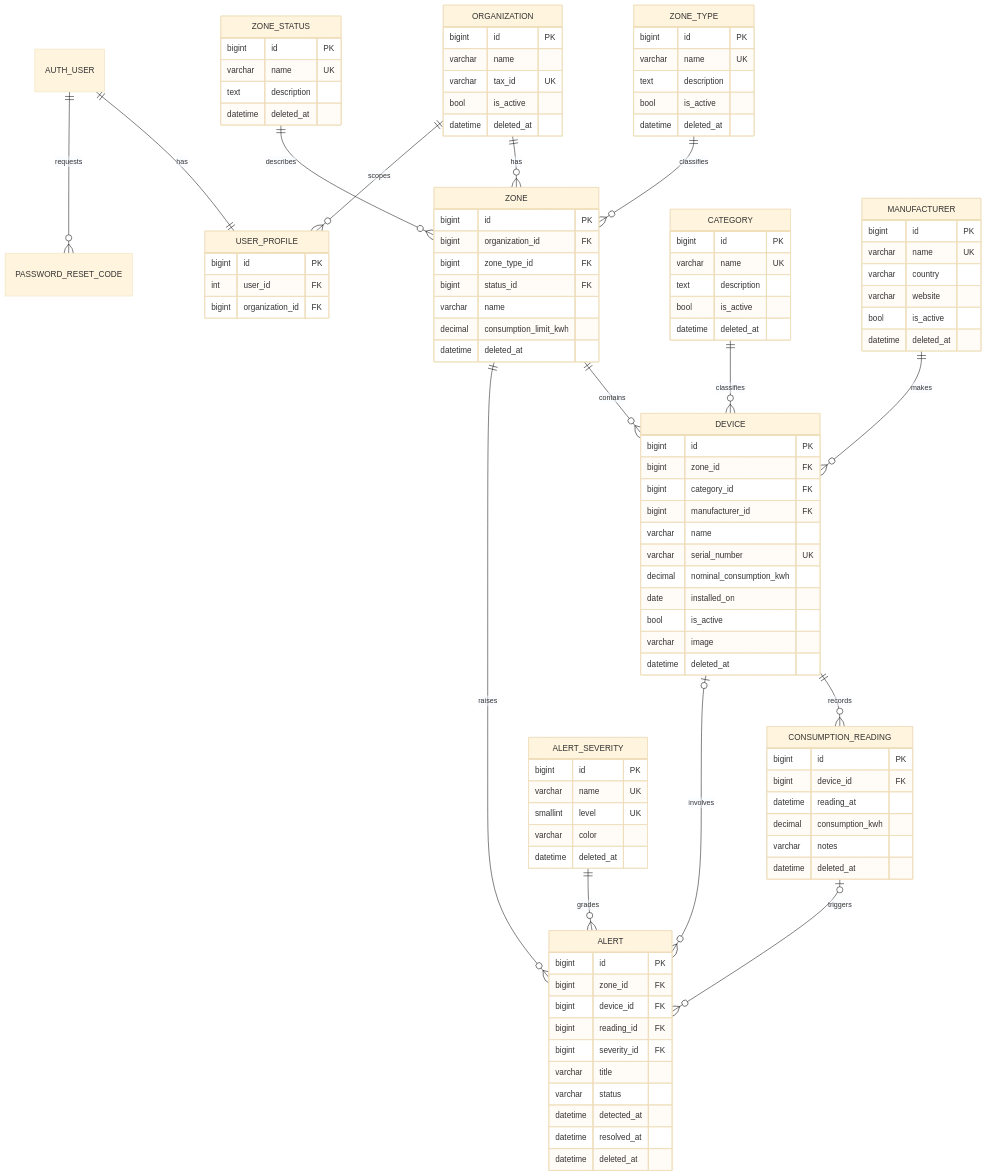
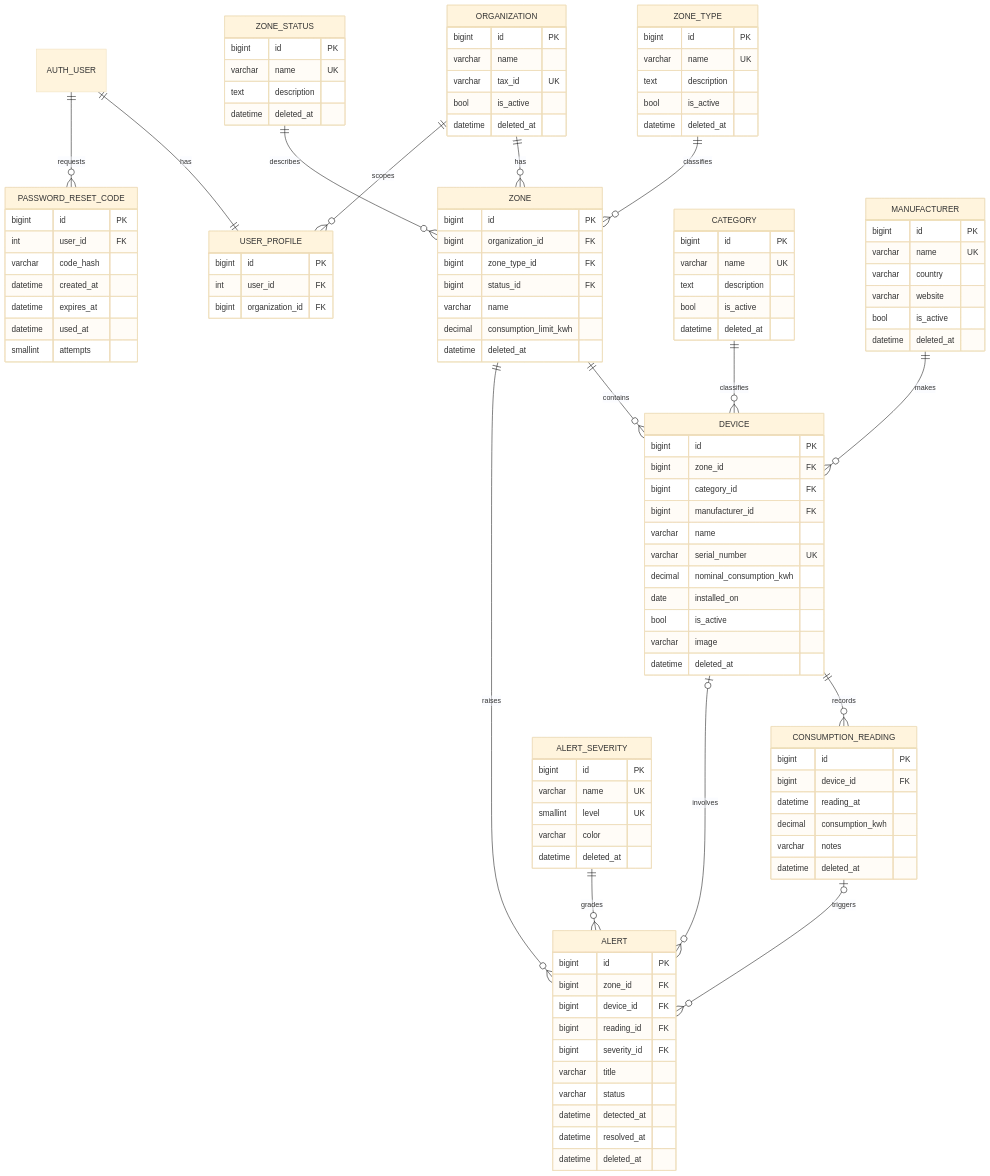
The diagram in docs/er_diagram.mmd (JuanDuran-lab/ecoenergy-fase1), drawn with Mermaid (base theme) before and after one commit. The commit also changed 2 other files, not shown here.

```diff
--- a/docs/er_diagram.mmd
+++ b/docs/er_diagram.mmd
@@ -1,105 +1,114 @@
 erDiagram
     ORGANIZATION ||--o{ ZONE : "has"
     ORGANIZATION ||--o{ USER_PROFILE : "scopes"
     AUTH_USER ||--|| USER_PROFILE : "has"
     AUTH_USER ||--o{ PASSWORD_RESET_CODE : "requests"
     ZONE_TYPE ||--o{ ZONE : "classifies"
     ZONE_STATUS ||--o{ ZONE : "describes"
     ZONE ||--o{ DEVICE : "contains"
     CATEGORY ||--o{ DEVICE : "classifies"
     MANUFACTURER ||--o{ DEVICE : "makes"
     DEVICE ||--o{ CONSUMPTION_READING : "records"
     ZONE ||--o{ ALERT : "raises"
     DEVICE |o--o{ ALERT : "involves"
     CONSUMPTION_READING |o--o{ ALERT : "triggers"
     ALERT_SEVERITY ||--o{ ALERT : "grades"
 
     ORGANIZATION {
         bigint id PK
         varchar name
         varchar tax_id UK
         bool is_active
         datetime deleted_at
     }
     CATEGORY {
         bigint id PK
         varchar name UK
         text description
         bool is_active
         datetime deleted_at
     }
     ZONE_TYPE {
         bigint id PK
         varchar name UK
         text description
         bool is_active
         datetime deleted_at
     }
     ZONE_STATUS {
         bigint id PK
         varchar name UK
         text description
         datetime deleted_at
     }
     MANUFACTURER {
         bigint id PK
         varchar name UK
         varchar country
         varchar website
         bool is_active
         datetime deleted_at
     }
     ALERT_SEVERITY {
         bigint id PK
         varchar name UK
         smallint level UK
         varchar color
         datetime deleted_at
     }
     ZONE {
         bigint id PK
         bigint organization_id FK
         bigint zone_type_id FK
         bigint status_id FK
         varchar name
         decimal consumption_limit_kwh
         datetime deleted_at
     }
     DEVICE {
         bigint id PK
         bigint zone_id FK
         bigint category_id FK
         bigint manufacturer_id FK
         varchar name
         varchar serial_number UK
         decimal nominal_consumption_kwh
         date installed_on
         bool is_active
         varchar image
         datetime deleted_at
     }
     CONSUMPTION_READING {
         bigint id PK
         bigint device_id FK
         datetime reading_at
         decimal consumption_kwh
         varchar notes
         datetime deleted_at
     }
     ALERT {
         bigint id PK
         bigint zone_id FK
         bigint device_id FK
         bigint reading_id FK
         bigint severity_id FK
         varchar title
         varchar status
         datetime detected_at
         datetime resolved_at
         datetime deleted_at
     }
     USER_PROFILE {
         bigint id PK
         int user_id FK
         bigint organization_id FK
     }
+    PASSWORD_RESET_CODE {
+        bigint id PK
+        int user_id FK
+        varchar code_hash
+        datetime created_at
+        datetime expires_at
+        datetime used_at
+        smallint attempts
+    }
```
